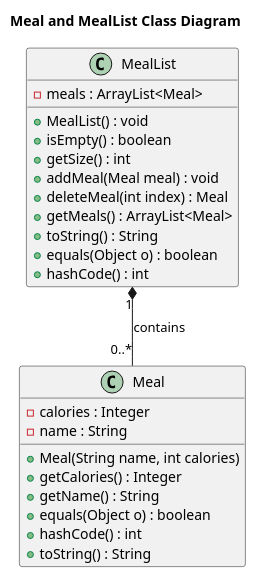
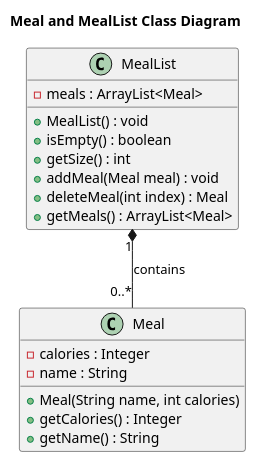
Before and after one commit to nus-cs2113-AY2425S1/tp: the diagram in docs/diagrams/mealAndMealListClassDiagram.puml, drawn with PlantUML. The commit also changed 2 other files, not shown here.

```diff
--- a/docs/diagrams/mealAndMealListClassDiagram.puml
+++ b/docs/diagrams/mealAndMealListClassDiagram.puml
@@ -1,30 +1,24 @@
 @startuml
 title Meal and MealList Class Diagram
 
 class Meal {
     - calories : Integer
     - name : String
     + Meal(String name, int calories)
     + getCalories() : Integer
     + getName() : String
-    + equals(Object o) : boolean
-    + hashCode() : int
-    + toString() : String
 }
 
 class MealList {
     - meals : ArrayList<Meal>
     + MealList() : void
     + isEmpty() : boolean
     + getSize() : int
     + addMeal(Meal meal) : void
     + deleteMeal(int index) : Meal
     + getMeals() : ArrayList<Meal>
-    + toString() : String
-    + equals(Object o) : boolean
-    + hashCode() : int
 }
 
 MealList "1" *-- "0..*" Meal : contains
 
 @enduml
```
